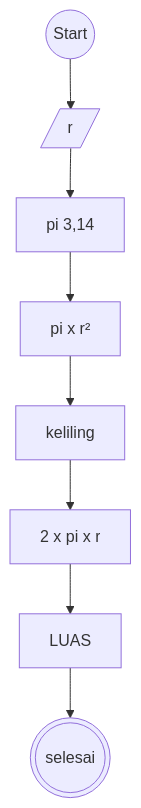
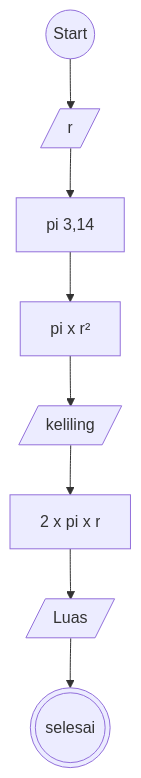
The second of 2 diagrams in README.md (Farhan-dev-dot/koda-b10-algoritma), drawn with Mermaid before and after one commit. The commit also changed other lines of this file and 1 other file, not shown here.

````diff
--- a/README.md
+++ b/README.md
@@ -63,23 +63,23 @@
 ```mermaid
 
 flowchart TD
 
 A@{ shape: circle, label: "Start" }
 B[/r/]
 C[pi 3,14]
 D[ pi x r² ]
-E[keliling]
+E[/keliling/]
 F[ 2 x pi x r ]
-G[LUAS]
+G[/Luas/]
 H(((selesai)))
 
 A-->B
 B-->C
 C-->D
 D-->E
 E-->F
 F-->G
 G-->H
 
 
 ```
````
